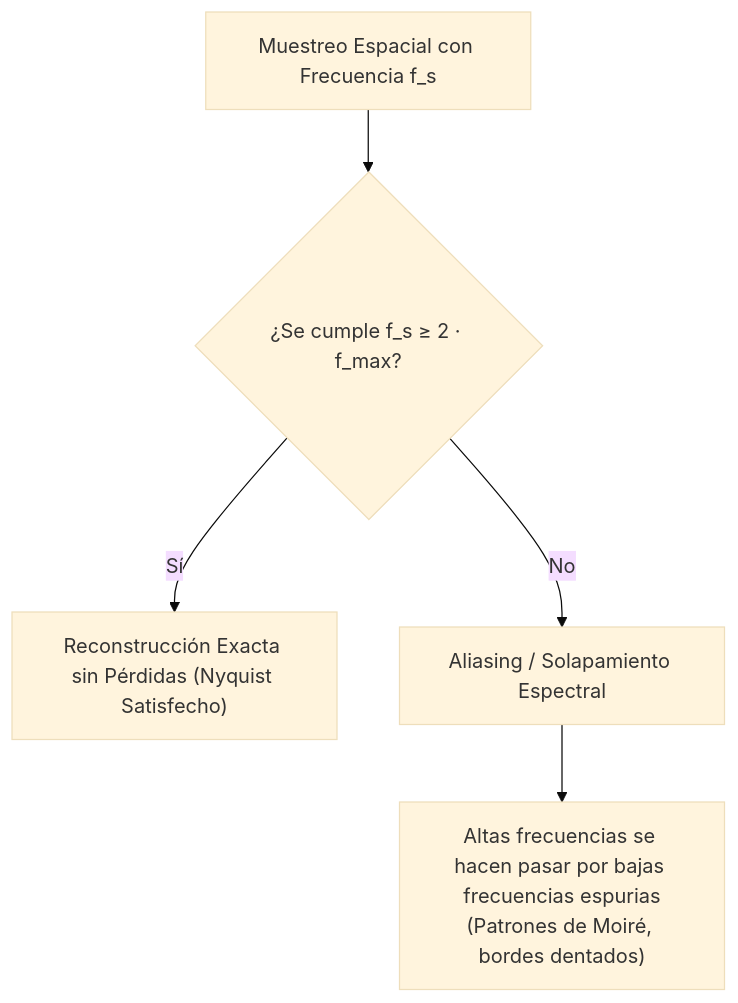
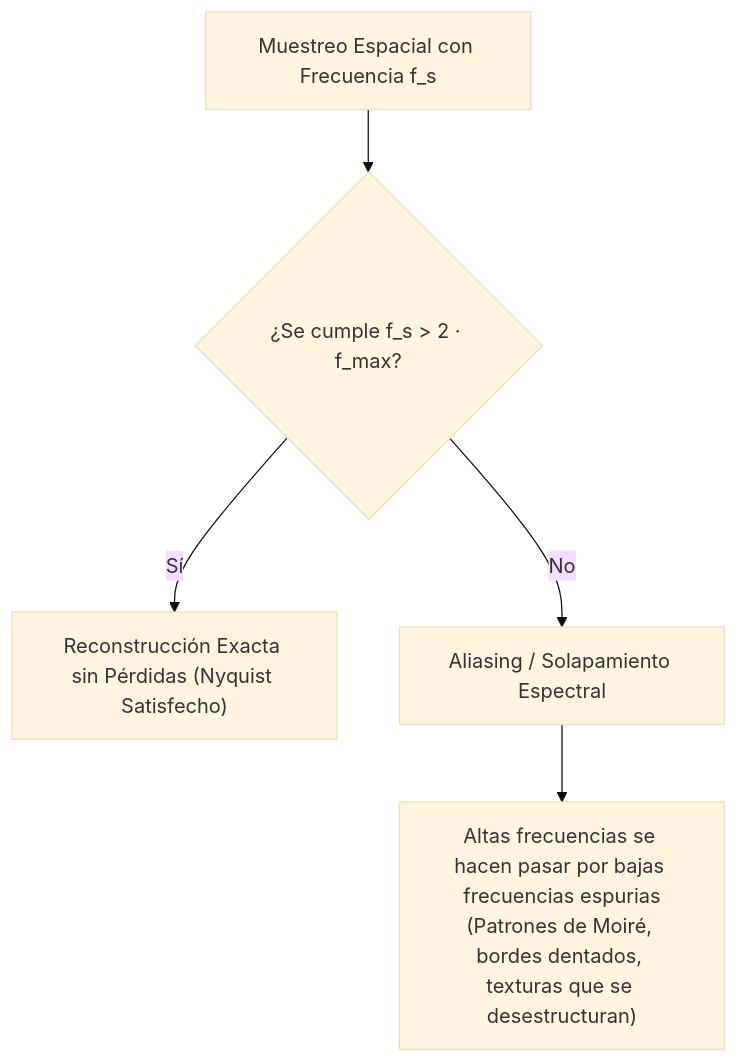
One commit to DanielChicoUGR/VC_APUNTES changed the fourth of 4 diagrams in Tema 2/3. Analisis de Frecuencia.md. Above: the diagram before and after it, drawn with Mermaid (base theme). The commit also changed other lines of this file and 10 other files, not shown here.

````diff
--- a/Tema 2/3. Analisis de Frecuencia.md
+++ b/Tema 2/3. Analisis de Frecuencia.md
@@ -168,7 +333,7 @@
 ```mermaid
 flowchart TD
-    A["Muestreo Espacial con Frecuencia f_s"] --> B{"¿Se cumple f_s ≥ 2 · f_max?"}
+    A["Muestreo Espacial con Frecuencia f_s"] --> B{"¿Se cumple f_s > 2 · f_max?"}
     B -- Sí --> C["Reconstrucción Exacta sin Pérdidas (Nyquist Satisfecho)"]
     B -- No --> D["Aliasing / Solapamiento Espectral"]
-    D --> E["Altas frecuencias se hacen pasar por bajas frecuencias espurias<br>(Patrones de Moiré, bordes dentados)"]
+    D --> E["Altas frecuencias se hacen pasar por bajas frecuencias espurias<br>(Patrones de Moiré, bordes dentados, texturas que se desestructuran)"]
 ```
````
